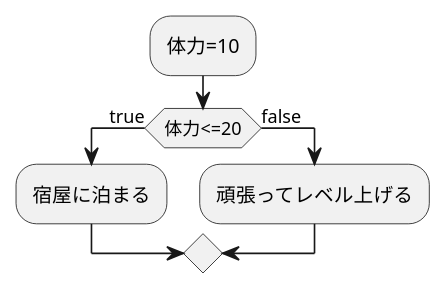
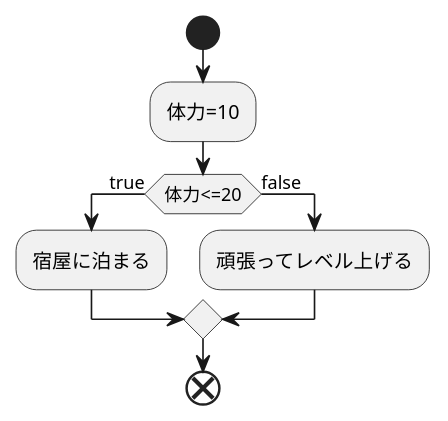
The diagram in kadai2.md (Aso2001384/2021sys-design), drawn with PlantUML before and after one commit.

````diff
--- a/kadai2.md
+++ b/kadai2.md
@@ -1,11 +1,13 @@
 ```uml
 @startuml
+start
 :体力=10;
 
 if(体力<=20) then (true);
 :宿屋に泊まる;
 else (false);
 :頑張ってレベル上げる;
 endif;
+end
 @enduml
 ```
````
